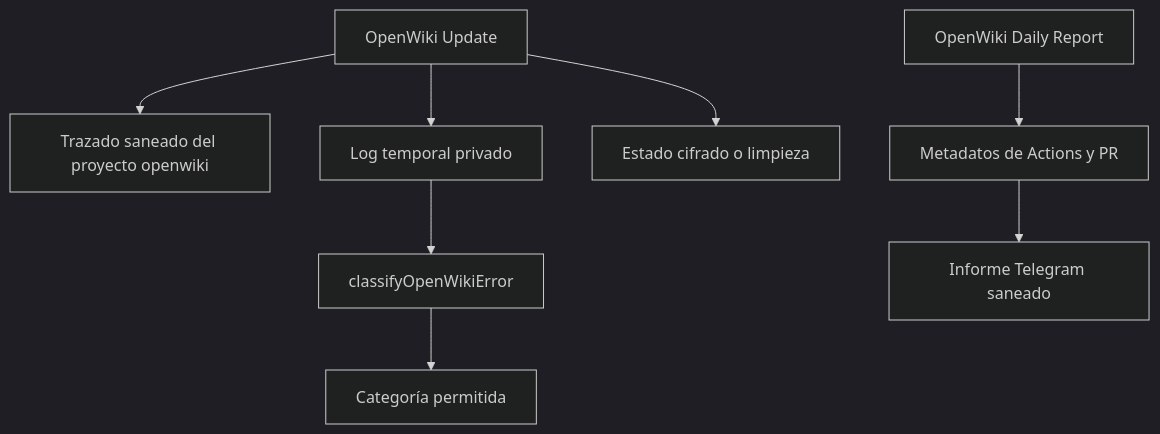
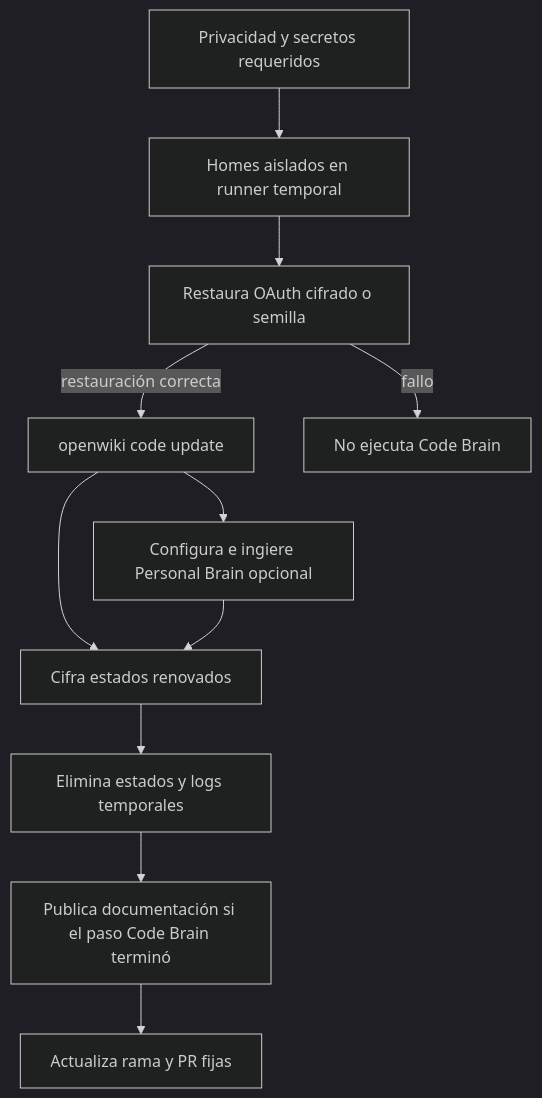
The diagram in openwiki/operations/runtime-behavior.md (maximofn/gymnasia), drawn with Mermaid (dark theme) before and after one commit. The commit also changed other lines of this file and 50 other files, not shown here.

Commit message:
docs: regenerate OpenWiki for encrypted backups

````diff
--- a/openwiki/operations/runtime-behavior.md
+++ b/openwiki/operations/runtime-behavior.md
@@ -35,10 +43,13 @@
 ```mermaid
 flowchart TD
-    Update["OpenWiki Update"] --> Trace["Trazado saneado del proyecto openwiki"]
-    Update --> Log["Log temporal privado"]
-    Log --> Classifier["classifyOpenWikiError"]
-    Classifier --> Category["Categoría permitida"]
-    Update --> State["Estado cifrado o limpieza"]
-    Report["OpenWiki Daily Report"] --> Metadata["Metadatos de Actions y PR"]
-    Metadata --> Daily["Informe Telegram saneado"]
+    Gate["Privacidad y secretos requeridos"] --> Homes["Homes aislados en runner temporal"]
+    Homes --> Restore["Restaura OAuth cifrado o semilla"]
+    Restore -->|"restauración correcta"| Code["openwiki code update"]
+    Restore -->|"fallo"| Stop["No ejecuta Code Brain"]
+    Code --> Personal["Configura e ingiere Personal Brain opcional"]
+    Code --> Encrypt["Cifra estados renovados"]
+    Personal --> Encrypt
+    Encrypt --> Clean["Elimina estados y logs temporales"]
+    Clean --> Publish["Publica documentación si el paso Code Brain terminó"]
+    Publish --> PR["Actualiza rama y PR fijas"]
 ```
````
